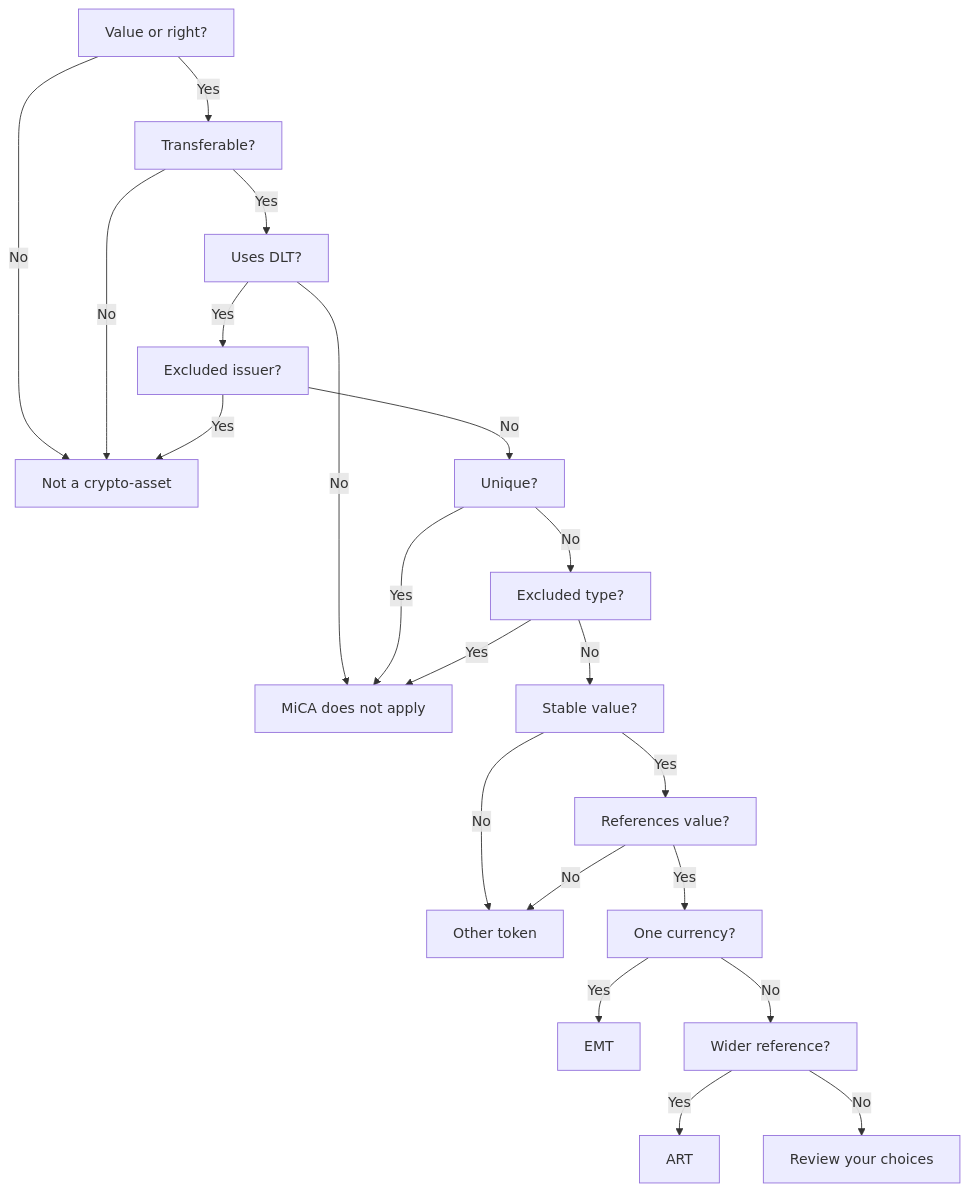
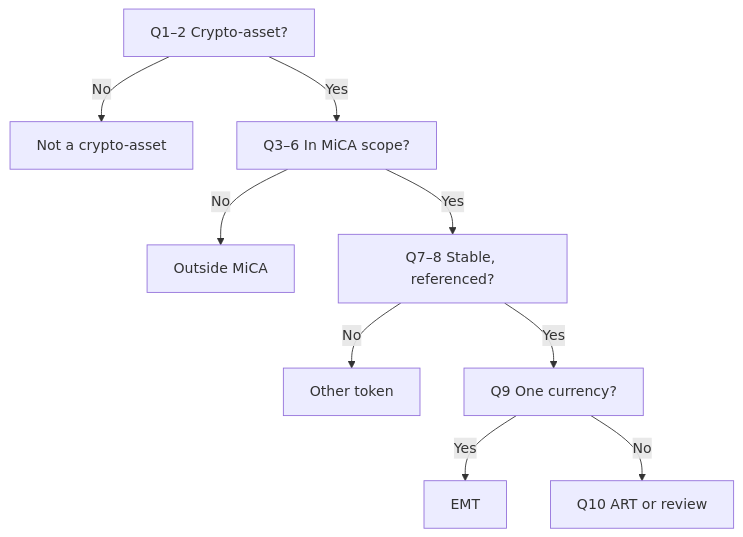
The diagram in passport/mica-classifier.mdx (blupryntco/docs), drawn with Mermaid before and after one commit. The commit also changed other lines of this file, not shown here.

Commit message:
Passport: simplify MiCA classifier diagram for 390px

````diff
--- a/passport/mica-classifier.mdx
+++ b/passport/mica-classifier.mdx
@@ -20,23 +20,11 @@
 ```mermaid
 flowchart TD
-  A[Value or right?] -->|No| X[Not a crypto-asset]
-  A -->|Yes| B[Transferable?]
-  B -->|No| X
-  B -->|Yes| C[Uses DLT?]
-  C -->|No| Y[MiCA does not apply]
-  C -->|Yes| D[Excluded issuer?]
-  D -->|Yes| X
-  D -->|No| E[Unique?]
-  E -->|Yes| Y
-  E -->|No| F[Excluded type?]
-  F -->|Yes| Y
-  F -->|No| G[Stable value?]
-  G -->|No| O[Other token]
-  G -->|Yes| H[References value?]
-  H -->|No| O
-  H -->|Yes| I[One currency?]
-  I -->|Yes| M[EMT]
-  I -->|No| J[Wider reference?]
-  J -->|Yes| R[ART]
-  J -->|No| Z[Review your choices]
+  A[Q1–2 Crypto-asset?] -->|No| X[Not a crypto-asset]
+  A -->|Yes| B[Q3–6 In MiCA scope?]
+  B -->|No| Y[Outside MiCA]
+  B -->|Yes| C[Q7–8 Stable, referenced?]
+  C -->|No| O[Other token]
+  C -->|Yes| D[Q9 One currency?]
+  D -->|Yes| M[EMT]
+  D -->|No| R[Q10 ART or review]
 ```
````
